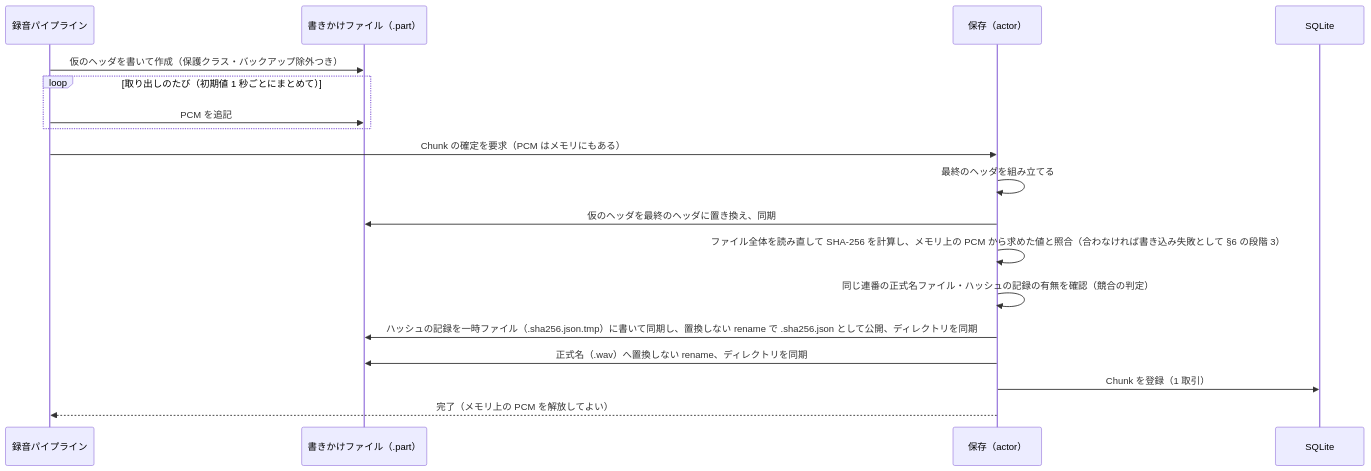
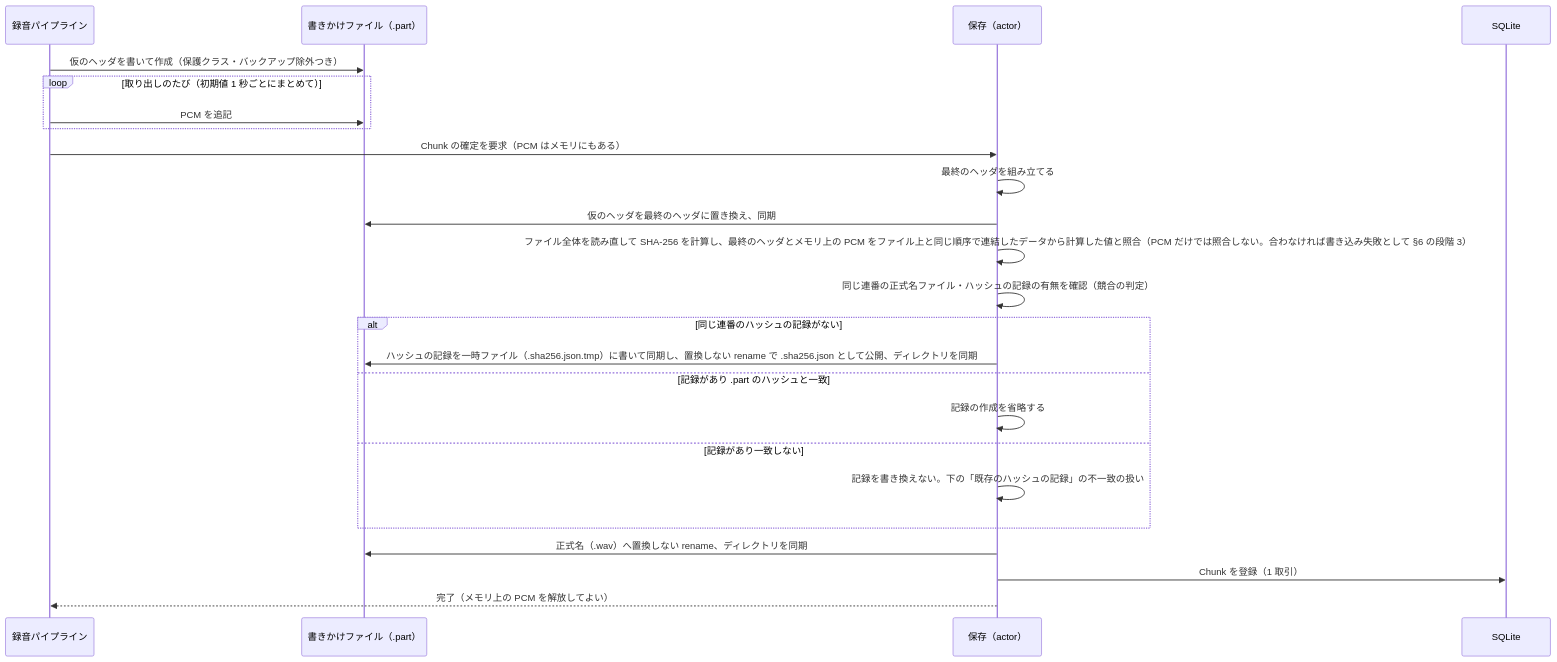
Before and after one commit to myoshi2891/Minutes-Mobile: the first of 3 diagrams in docs/02-basic-design/storage.md, drawn with Mermaid. The commit also changed other lines of this file and 1 other file, not shown here.

Commit message:
docs(design): Chunk確定時のヘッダ連結ハッシュ照合と既存ハッシュ記録の扱いを具体化

````diff
--- a/docs/02-basic-design/storage.md
+++ b/docs/02-basic-design/storage.md
@@ -116,20 +116,26 @@
 ```mermaid
 sequenceDiagram
     participant P as 録音パイプライン
     participant F as 書きかけファイル（.part）
     participant S as 保存（actor）
     participant D as SQLite
     P->>F: 仮のヘッダを書いて作成（保護クラス・バックアップ除外つき）
     loop 取り出しのたび（初期値 1 秒ごとにまとめて）
         P->>F: PCM を追記
     end
     P->>S: Chunk の確定を要求（PCM はメモリにもある）
     S->>S: 最終のヘッダを組み立てる
     S->>F: 仮のヘッダを最終のヘッダに置き換え、同期
-    S->>S: ファイル全体を読み直して SHA-256 を計算し、メモリ上の PCM から求めた値と照合（合わなければ書き込み失敗として §6 の段階 3）
+    S->>S: ファイル全体を読み直して SHA-256 を計算し、最終のヘッダとメモリ上の PCM をファイル上と同じ順序で連結したデータから計算した値と照合（PCM だけでは照合しない。合わなければ書き込み失敗として §6 の段階 3）
     S->>S: 同じ連番の正式名ファイル・ハッシュの記録の有無を確認（競合の判定）
-    S->>F: ハッシュの記録を一時ファイル（.sha256.json.tmp）に書いて同期し、置換しない rename で .sha256.json として公開、ディレクトリを同期
+    alt 同じ連番のハッシュの記録がない
+        S->>F: ハッシュの記録を一時ファイル（.sha256.json.tmp）に書いて同期し、置換しない rename で .sha256.json として公開、ディレクトリを同期
+    else 記録があり .part のハッシュと一致
+        S->>S: 記録の作成を省略する
+    else 記録があり一致しない
+        S->>S: 記録を書き換えない。下の「既存のハッシュの記録」の不一致の扱い
+    end
     S->>F: 正式名（.wav）へ置換しない rename、ディレクトリを同期
     S->>D: Chunk を登録（1 取引）
     S-->>P: 完了（メモリ上の PCM を解放してよい）
 ```
````
